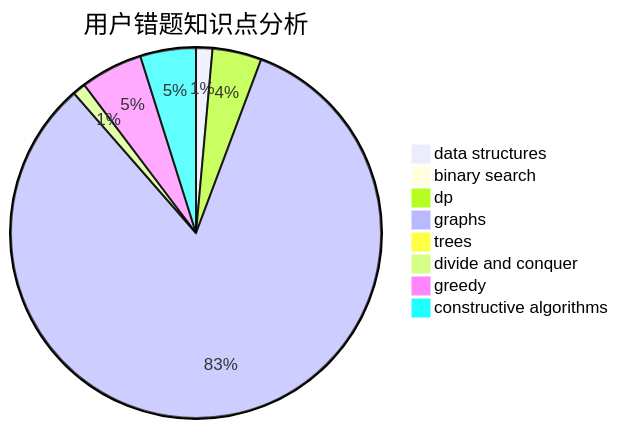
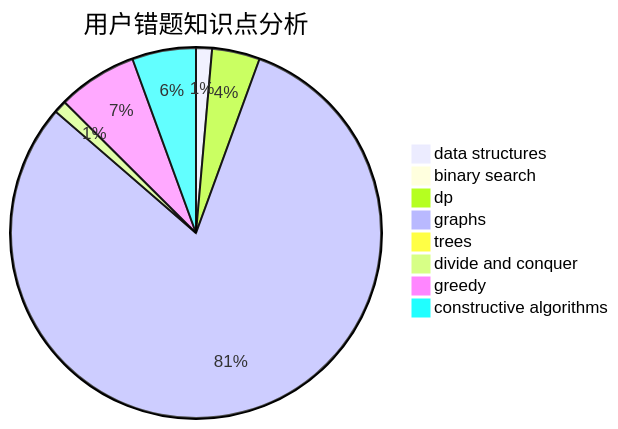
The third of 3 diagrams in docs/user/u488.md (sherpahu/cfrs.github.io), drawn with Mermaid before and after one commit. The commit also changed other lines of this file and 2770 other files, not shown here.

````diff
--- a/docs/user/u488.md
+++ b/docs/user/u488.md
@@ -36,11 +36,11 @@
 ```mermaid
 pie title 用户错题知识点分析
     "data structures" :  5
     "binary search" :  0
     "dp" :  15
     "graphs" :  290
     "trees" :  1
     "divide and conquer" :  4
-    "greedy" :  19
-    "constructive algorithms" :  17
+    "greedy" :  25
+    "constructive algorithms" :  20
 ```
````
